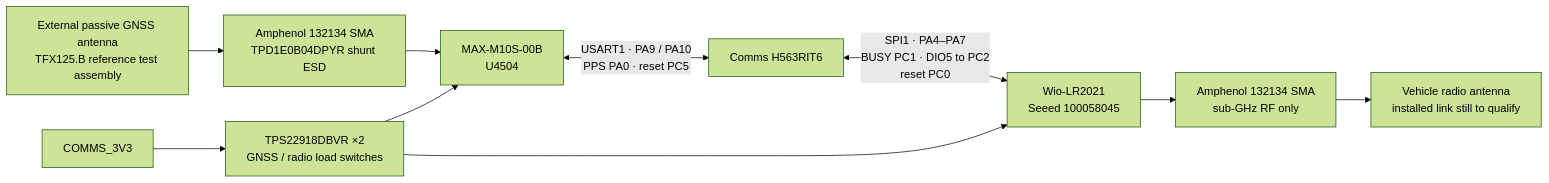
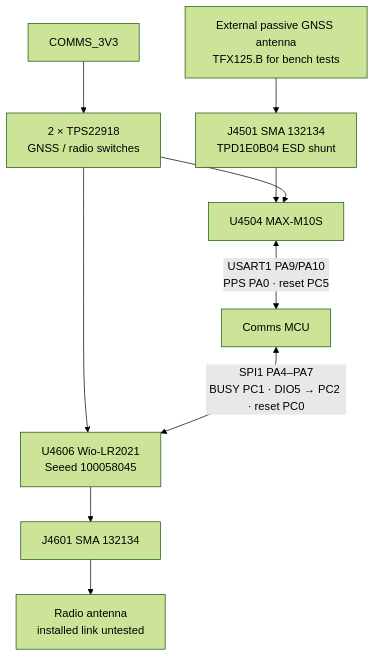
Before and after one commit to ULAS-HiPR/Ogma2: the diagram in docs/architecture/06-gnss-radio.md, drawn with Mermaid (forest theme). The commit also changed other lines of this file and 25 other files, not shown here.

````diff
--- a/docs/architecture/06-gnss-radio.md
+++ b/docs/architecture/06-gnss-radio.md
@@ -14,22 +7,18 @@
 ```mermaid
-flowchart LR
+flowchart TB
+  P["COMMS_3V3"] --> SW["2 × TPS22918
+GNSS / radio switches"]
   GA["External passive GNSS antenna
-TFX125.B reference test assembly"] --> GS["Amphenol 132134 SMA
-TPD1E0B04DPYR shunt ESD"]
-  GS --> G["MAX-M10S-00B
-U4504"]
-  G <-->|"USART1 · PA9 / PA10
-PPS PA0 · reset PC5"| C["Comms H563RIT6"]
-  C <-->|"SPI1 · PA4–PA7
-BUSY PC1 · DIO5 to PC2
-reset PC0"| R["Wio-LR2021
-Seeed 100058045"]
-  R --> S["Amphenol 132134 SMA
-sub-GHz RF only"]
-  S --> RA["Vehicle radio antenna
-installed link still to qualify"]
-  P["COMMS_3V3"] --> SW["TPS22918DBVR ×2
-GNSS / radio load switches"]
+TFX125.B for bench tests"] --> GS["J4501 SMA 132134
+TPD1E0B04 ESD shunt"]
+  GS --> G["U4504 MAX-M10S"]
   SW --> G
   SW --> R
+  G <-->|"USART1 PA9/PA10
+PPS PA0 · reset PC5"| C["Comms MCU"]
+  C <-->|"SPI1 PA4–PA7
+BUSY PC1 · DIO5 → PC2 · reset PC0"| R["U4606 Wio-LR2021
+Seeed 100058045"]
+  R --> S["J4601 SMA 132134"] --> RA["Radio antenna
+installed link untested"]
 ```
````
